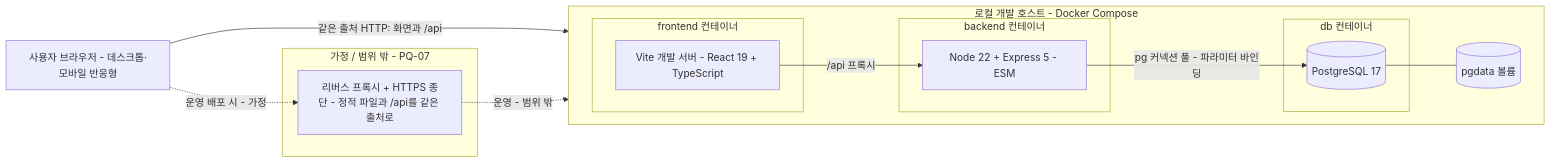
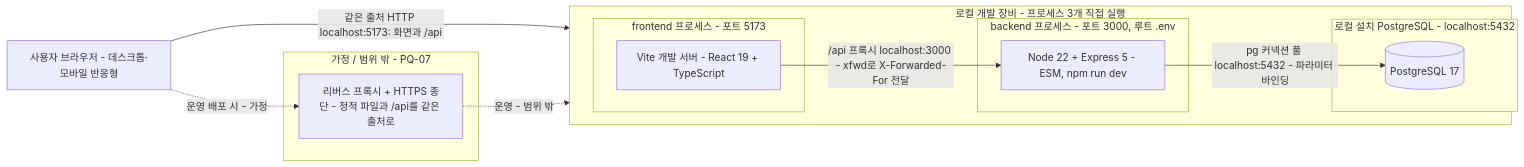
The first of 13 diagrams in docs/6-arch-diagram.md (Palbok-Kim/todolist-app), drawn with Mermaid before and after one commit. The commit also changed other lines of this file and 100 other files, not shown here.

````diff
--- a/docs/6-arch-diagram.md
+++ b/docs/6-arch-diagram.md
@@ -48,26 +50,24 @@
 ```mermaid
 flowchart LR
     U["사용자 브라우저 - 데스크톱·모바일 반응형"]
-    subgraph HOST["로컬 개발 호스트 - Docker Compose"]
+    subgraph HOST["로컬 개발 장비 - 프로세스 3개 직접 실행"]
         direction LR
-        subgraph FE["frontend 컨테이너"]
+        subgraph FE["frontend 프로세스 - 포트 5173"]
             VITE["Vite 개발 서버 - React 19 + TypeScript"]
         end
-        subgraph BE["backend 컨테이너"]
-            API["Node 22 + Express 5 - ESM"]
+        subgraph BE["backend 프로세스 - 포트 3000, 루트 .env"]
+            API["Node 22 + Express 5 - ESM, npm run dev"]
         end
-        subgraph DBC["db 컨테이너"]
+        subgraph DBC["로컬 설치 PostgreSQL - localhost:5432"]
             PG[("PostgreSQL 17")]
         end
-        VOL[("pgdata 볼륨")]
     end
     subgraph OUT["가정 / 범위 밖 - PQ-07"]
         RP["리버스 프록시 + HTTPS 종단 - 정적 파일과 /api를 같은 출처로"]
     end
-    U -- "같은 출처 HTTP: 화면과 /api" --> VITE
-    VITE -- "/api 프록시" --> API
-    API -- "pg 커넥션 풀 - 파라미터 바인딩" --> PG
-    PG --- VOL
+    U -- "같은 출처 HTTP localhost:5173: 화면과 /api" --> VITE
+    VITE -- "/api 프록시 localhost:3000 - xfwd로 X-Forwarded-For 전달" --> API
+    API -- "pg 커넥션 풀 localhost:5432 - 파라미터 바인딩" --> PG
     U -. "운영 배포 시 - 가정" .-> RP
     RP -. "운영 - 범위 밖" .-> API
 ```
````
